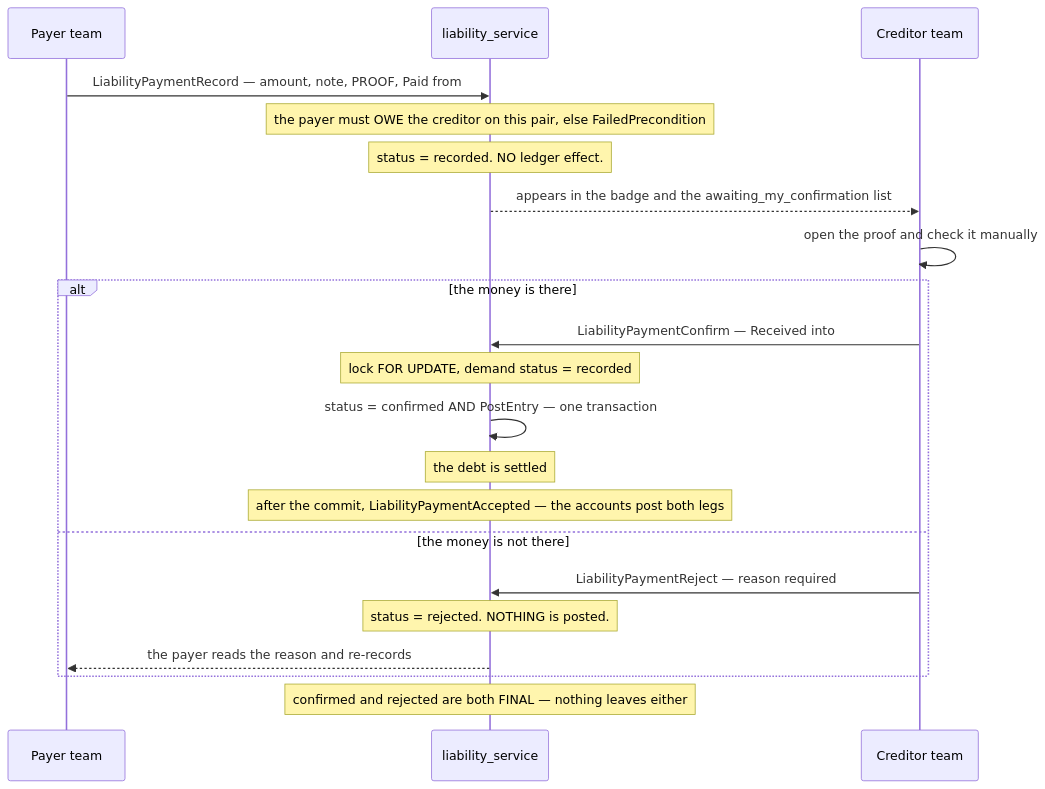
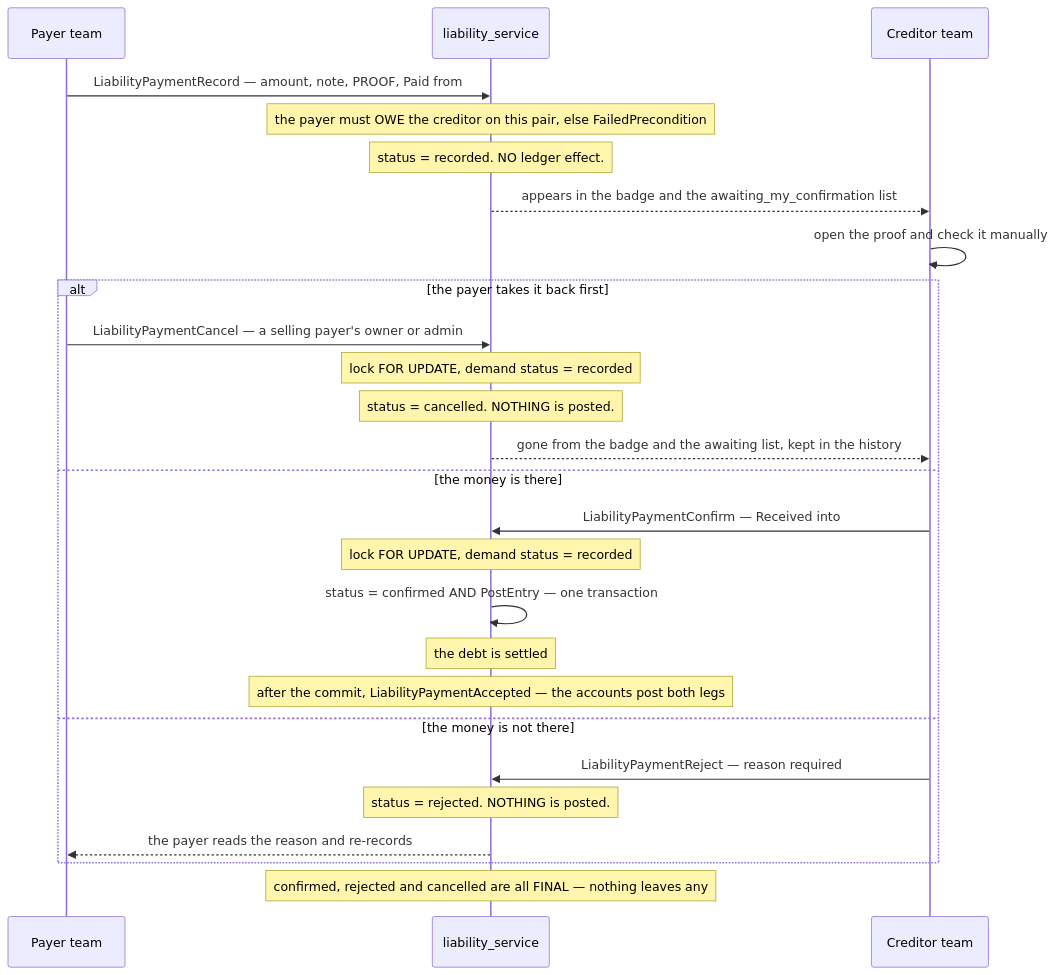
Diagram 11 of 15 in docs/services/liability_service/rpc.md (pdcgo/warehouse_revamp), drawn with Mermaid before and after one commit. The commit also changed other lines of this file and 429 other files, not shown here.

````diff
--- a/docs/services/liability_service/rpc.md
+++ b/docs/services/liability_service/rpc.md
@@ -673,27 +673,32 @@
 ```mermaid
 sequenceDiagram
     participant P as Payer team
     participant S as liability_service
     participant C as Creditor team
 
     P->>S: LiabilityPaymentRecord — amount, note, PROOF, Paid from
     Note over S: the payer must OWE the creditor on this pair, else FailedPrecondition
     Note over S: status = recorded. NO ledger effect.
     S-->>C: appears in the badge and the awaiting_my_confirmation list
 
     C->>C: open the proof and check it manually
 
-    alt the money is there
+    alt the payer takes it back first
+        P->>S: LiabilityPaymentCancel — a selling payer's owner or admin
+        Note over S: lock FOR UPDATE, demand status = recorded
+        Note over S: status = cancelled. NOTHING is posted.
+        S-->>C: gone from the badge and the awaiting list, kept in the history
+    else the money is there
         C->>S: LiabilityPaymentConfirm — Received into
         Note over S: lock FOR UPDATE, demand status = recorded
         S->>S: status = confirmed AND PostEntry — one transaction
         Note over S: the debt is settled
         Note over S: after the commit, LiabilityPaymentAccepted — the accounts post both legs
     else the money is not there
         C->>S: LiabilityPaymentReject — reason required
         Note over S: status = rejected. NOTHING is posted.
         S-->>P: the payer reads the reason and re-records
     end
 
-    Note over S: confirmed and rejected are both FINAL — nothing leaves either
+    Note over S: confirmed, rejected and cancelled are all FINAL — nothing leaves any
 ```
````
